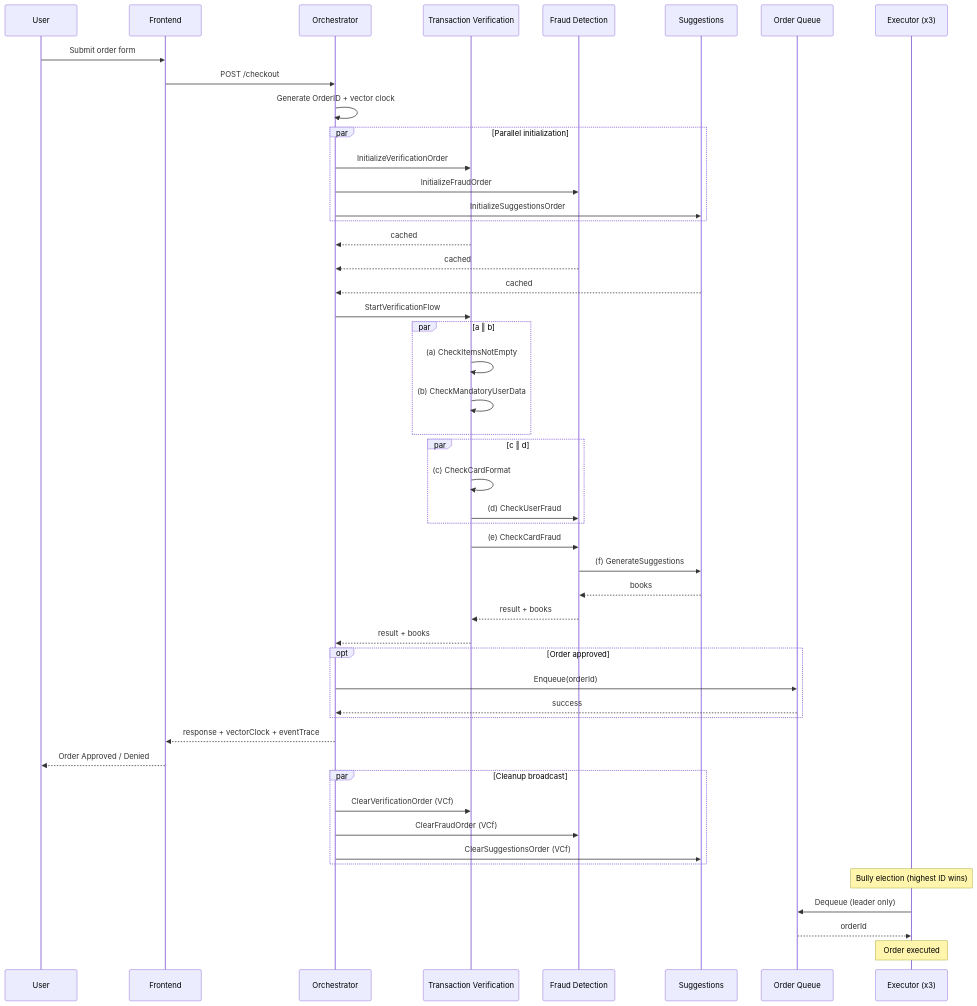
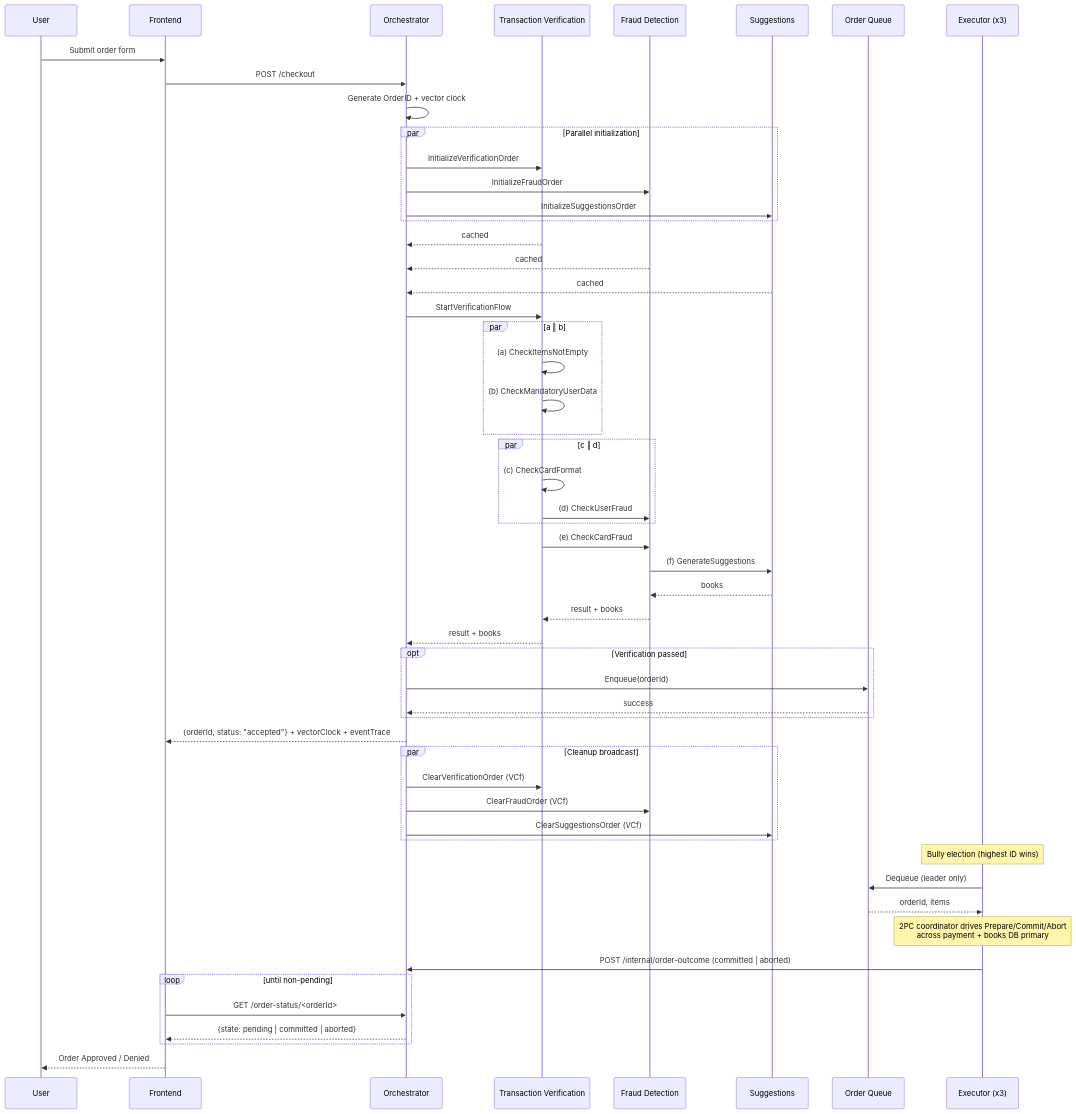
The second of 5 diagrams in README.md (renanmorais27/ds-practice-2025), drawn with Mermaid before and after one commit. The commit also changed other lines of this file and 21 other files, not shown here.

````diff
--- a/README.md
+++ b/README.md
@@ -90,61 +96,68 @@
 ```mermaid
 sequenceDiagram
     participant U as User
     participant F as Frontend
     participant O as Orchestrator
     participant TV as Transaction Verification
     participant FD as Fraud Detection
     participant S as Suggestions
     participant OQ as Order Queue
     participant EX as Executor (x3)
 
     U->>F: Submit order form
     F->>O: POST /checkout
     O->>O: Generate OrderID + vector clock
 
     par Parallel initialization
         O->>TV: InitializeVerificationOrder
         O->>FD: InitializeFraudOrder
         O->>S: InitializeSuggestionsOrder
     end
     TV-->>O: cached
     FD-->>O: cached
     S-->>O: cached
 
     O->>TV: StartVerificationFlow
 
     par a ‖ b
         TV->>TV: (a) CheckItemsNotEmpty
         TV->>TV: (b) CheckMandatoryUserData
     end
 
     par c ‖ d
         TV->>TV: (c) CheckCardFormat
         TV->>FD: (d) CheckUserFraud
     end
 
     TV->>FD: (e) CheckCardFraud
     FD->>S: (f) GenerateSuggestions
     S-->>FD: books
     FD-->>TV: result + books
     TV-->>O: result + books
 
-    opt Order approved
+    opt Verification passed
         O->>OQ: Enqueue(orderId)
         OQ-->>O: success
     end
 
-    O-->>F: response + vectorClock + eventTrace
-    F-->>U: Order Approved / Denied
+    O-->>F: {orderId, status: "accepted"} + vectorClock + eventTrace
 
     par Cleanup broadcast
         O->>TV: ClearVerificationOrder (VCf)
         O->>FD: ClearFraudOrder (VCf)
         O->>S: ClearSuggestionsOrder (VCf)
     end
 
     Note over EX: Bully election (highest ID wins)
     EX->>OQ: Dequeue (leader only)
-    OQ-->>EX: orderId
-    Note over EX: Order executed
+    OQ-->>EX: orderId, items
+
+    Note over EX: 2PC coordinator drives Prepare/Commit/Abort<br/>across payment + books DB primary
+    EX->>O: POST /internal/order-outcome (committed | aborted)
+
+    loop until non-pending
+        F->>O: GET /order-status/<orderId>
+        O-->>F: {state: pending | committed | aborted}
+    end
+    F-->>U: Order Approved / Denied
 ```
````
